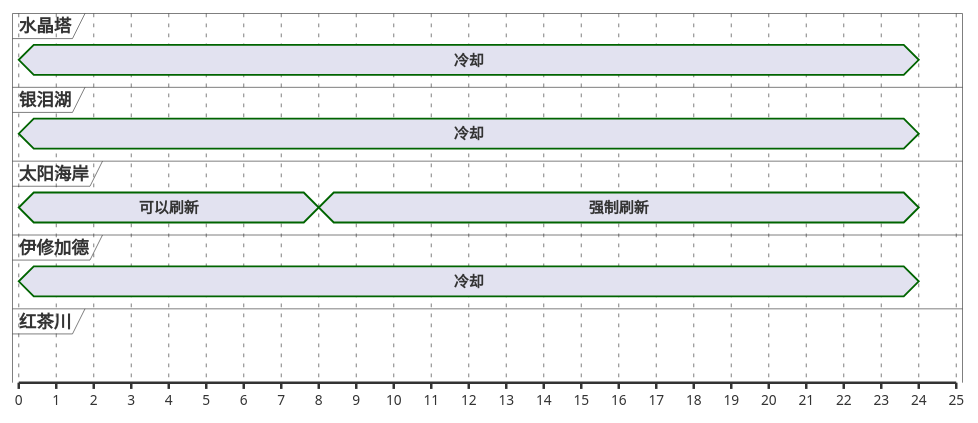
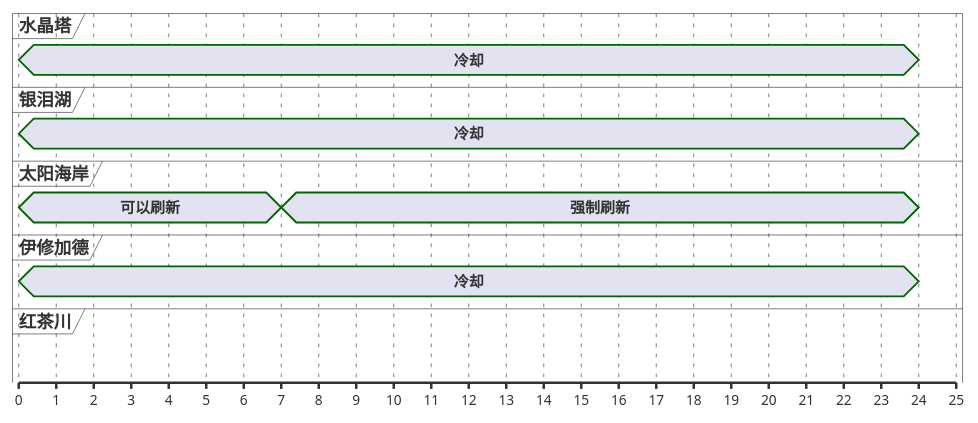
Before and after one commit to Eroleice/doc-pi: the fourth of 13 diagrams in ffxiv/hunt/2.0/Nunyunuwi.md, drawn with PlantUML. The commit also changed other lines of this file and 38 other files, not shown here.

````diff
--- a/ffxiv/hunt/2.0/Nunyunuwi.md
+++ b/ffxiv/hunt/2.0/Nunyunuwi.md
@@ -190,29 +190,29 @@
 ```plantuml
 @startuml
 scale 1 as 30 pixels
 
 concise 水晶塔
 concise 银泪湖
 concise 太阳海岸
 concise 伊修加德
 concise 红茶川
 
 @太阳海岸
 0 is 可以刷新
-8 is 强制刷新
+7 is 强制刷新
 24 is {hidden}
 
 @银泪湖
 0 is 冷却
 24 is {hidden}
 
 @伊修加德
 0 is 冷却
 24 is {hidden}
 
 @水晶塔
 0 is 冷却
 24 is {hidden}
 
 @enduml
 ```
````
